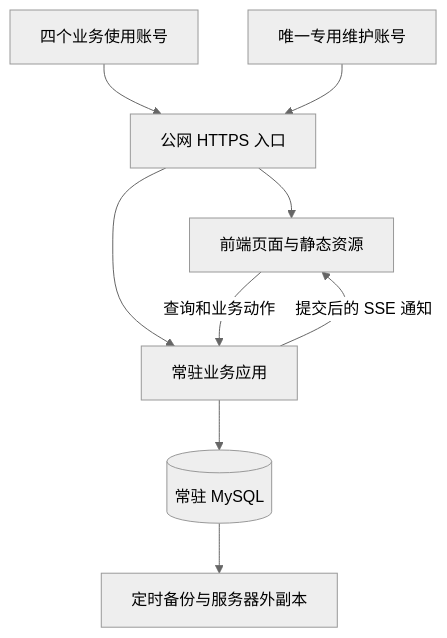
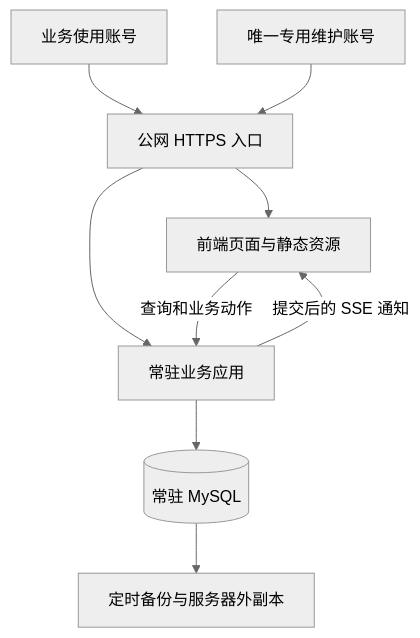
One commit to zhilihz/geekdash changed the first of 3 diagrams in docs/architecture/architecture.md. Above: the diagram before and after it, drawn with Mermaid (neutral theme). The commit also changed other lines of this file and 255 other files, not shown here.

````diff
--- a/docs/architecture/architecture.md
+++ b/docs/architecture/architecture.md
@@ -21,11 +21,11 @@
 ```mermaid
 flowchart TB
-    User[四个业务使用账号] --> HTTPS[公网 HTTPS 入口]
+    User[业务使用账号] --> HTTPS[公网 HTTPS 入口]
     Maint[唯一专用维护账号] --> HTTPS
     HTTPS --> UI[前端页面与静态资源]
     HTTPS --> API[常驻业务应用]
     UI -->|查询和业务动作| API
     API -->|提交后的 SSE 通知| UI
     API --> DB[(常驻 MySQL)]
     DB --> Backup[定时备份与服务器外副本]
 ```
````
